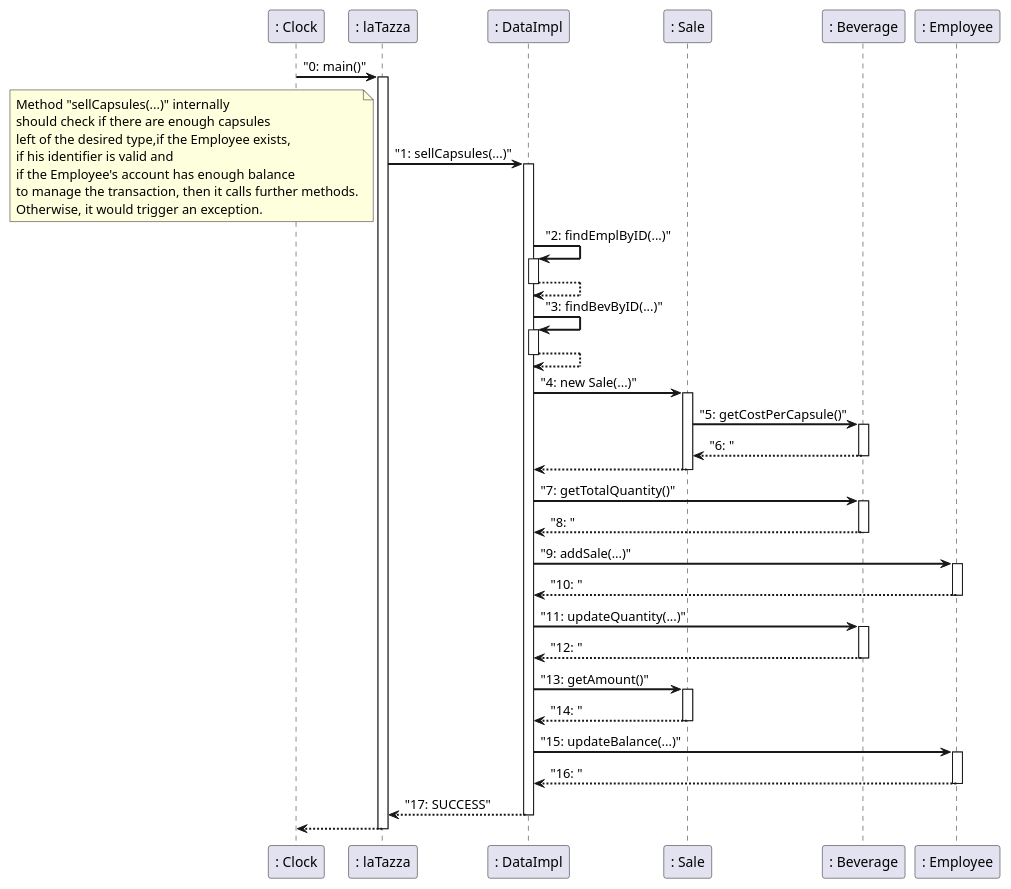
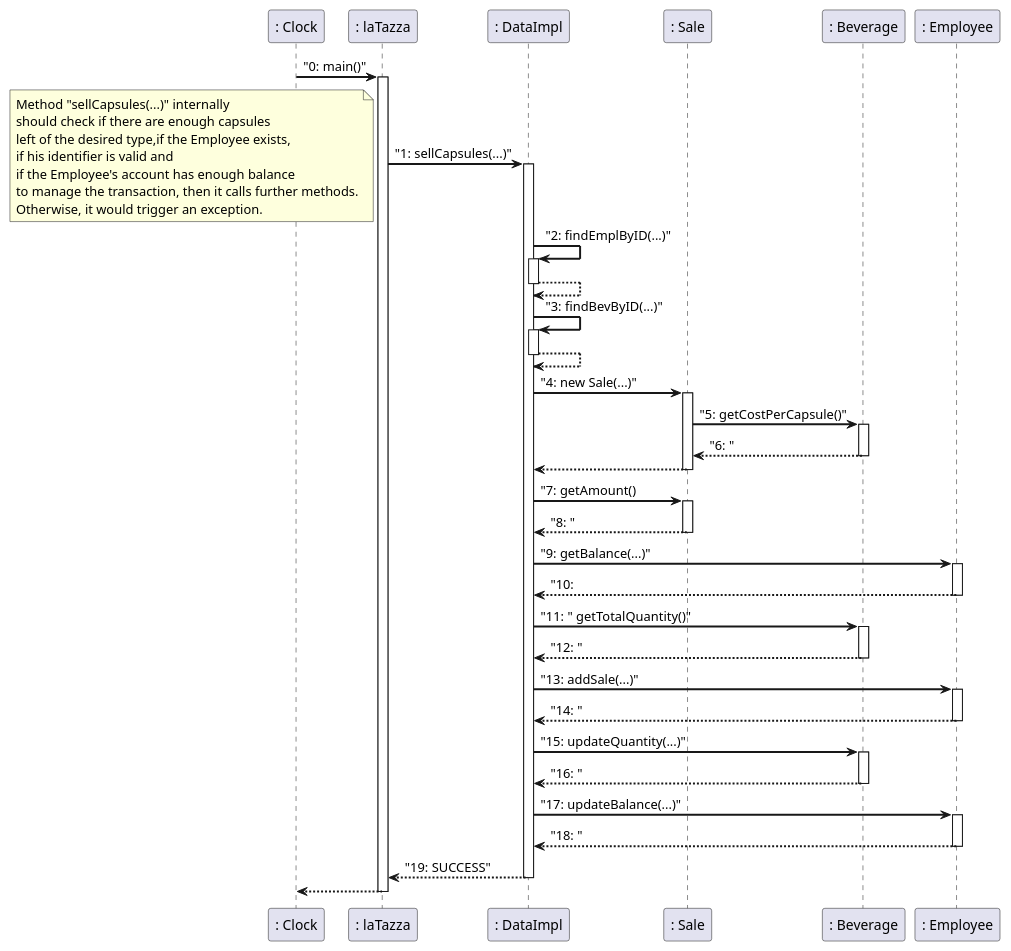
Before and after one commit to DarkSee/LaTazza: the fifth of 6 diagrams in templates/DesignDocumentTemplate.md, drawn with PlantUML.

Commit message:
Update sequence diagram for Scenario 1

````diff
--- a/templates/DesignDocumentTemplate.md
+++ b/templates/DesignDocumentTemplate.md
@@ -239,54 +239,54 @@
 ```plantuml
 skinparam sequenceArrowThickness 2
 autoactivate on
 
 ": Clock" -> ": laTazza"  : "0: main()"
 ": laTazza" -> ": DataImpl": "1: sellCapsules(...)"
 
 note left
         Method "sellCapsules(...)" internally
         should check if there are enough capsules 
         left of the desired type,if the Employee exists,
         if his identifier is valid and
         if the Employee's account has enough balance
         to manage the transaction, then it calls further methods.
         Otherwise, it would trigger an exception.
 end note
 
 ": DataImpl" -> ": DataImpl": "2: findEmplByID(...)" 
 return
 
 
 ": DataImpl" -> ": DataImpl": "3: findBevByID(...)"
 return
 ": DataImpl" -> ": Sale": "4: new Sale(...)"
 
 ": Sale" -> ": Beverage": "5: getCostPerCapsule()"
 ": Sale" <--": Beverage": "6: "
 return
+": DataImpl" -> ": Sale": "7: getAmount()
+": DataImpl" <-- ": Sale":"8: "
+": DataImpl" -> ": Employee": "9: getBalance(...)"
+": DataImpl" <-- ": Employee": "10:
 
-": DataImpl" -> ": Beverage": "7: getTotalQuantity()"
-": DataImpl" <--": Beverage": "8: "
+": DataImpl" -> ": Beverage": "11: " getTotalQuantity()"
+": DataImpl" <--": Beverage": "12: "
 
 
-": DataImpl" -> ": Employee": "9: addSale(...)"
-": Employee" --> ": DataImpl": "10: "
+": DataImpl" -> ": Employee": "13: addSale(...)"
+": Employee" --> ": DataImpl": "14: "
 
-": DataImpl" -> ": Beverage": "11: updateQuantity(...)"
-": Beverage" --> ": DataImpl": "12: "
+": DataImpl" -> ": Beverage": "15: updateQuantity(...)"
+": Beverage" --> ": DataImpl": "16: "
 
 
-": DataImpl" -> ": Sale": "13: getAmount()"
+": DataImpl" -> ": Employee": "17: updateBalance(...)"
 
-": Sale" --> ": DataImpl": "14: "
-
-": DataImpl" -> ": Employee": "15: updateBalance(...)"
-
- ": Employee" --> ": DataImpl": "16: "
+ ": Employee" --> ": DataImpl": "18: "
 
 
 
-return "17: SUCCESS" 
+return "19: SUCCESS" 
 return
 
 ```
````
